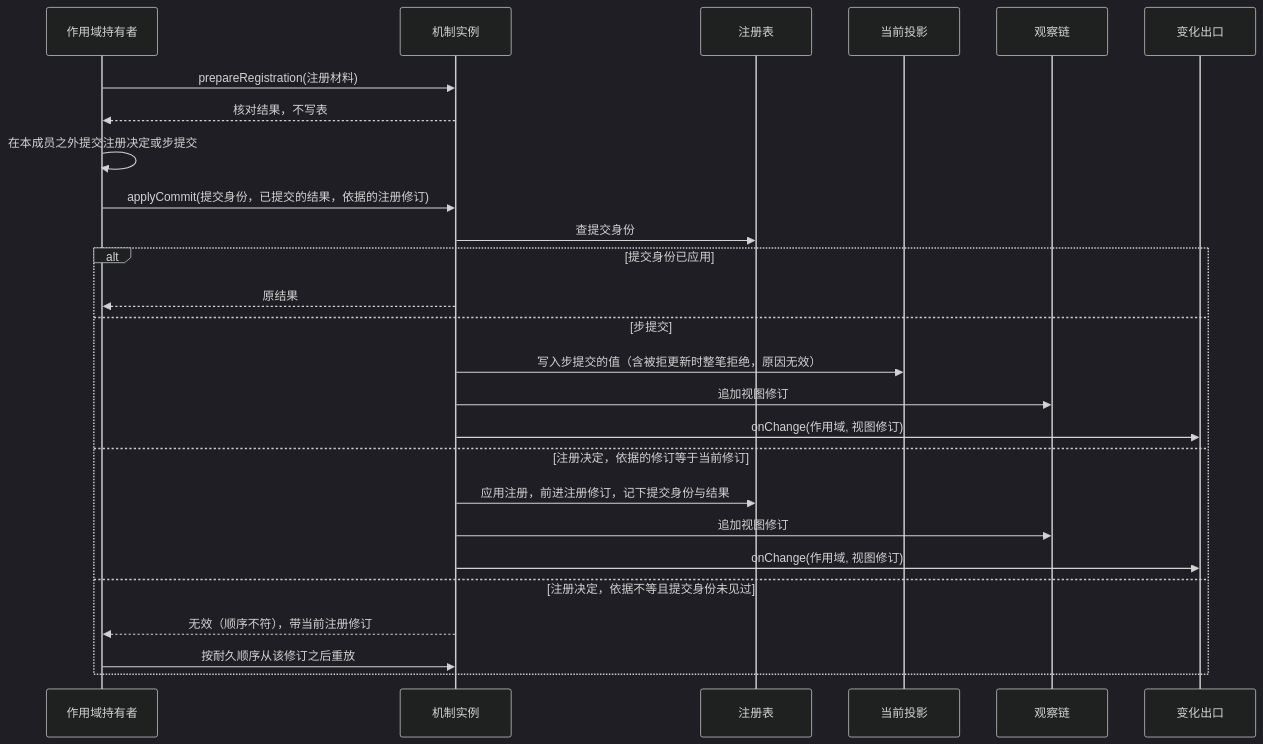
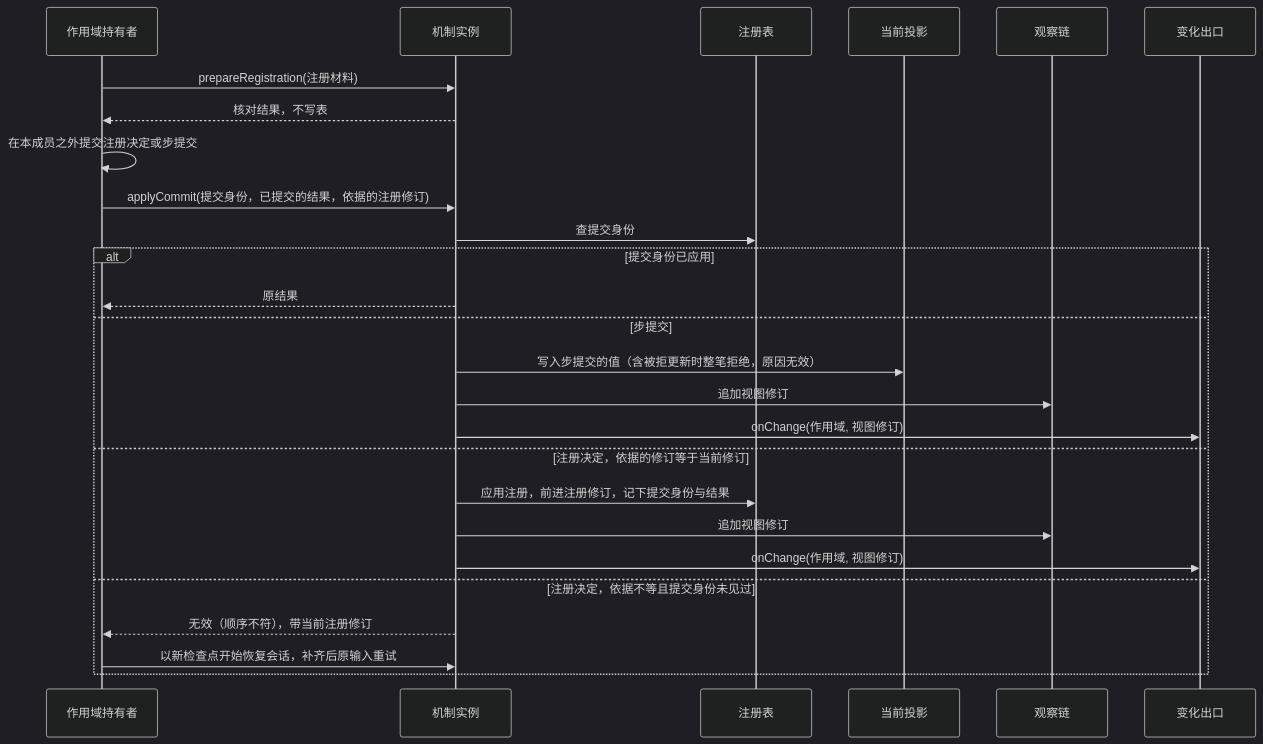
Before and after one commit to nemori-ai/omne-harness-lite: the first of 5 diagrams in packages/context/runtime-context/docs/flows.md, drawn with Mermaid (dark theme). The commit also changed other lines of this file and 26 other files, not shown here.

````diff
--- a/packages/context/runtime-context/docs/flows.md
+++ b/packages/context/runtime-context/docs/flows.md
@@ -13,28 +13,28 @@
 ```mermaid
 sequenceDiagram
   participant H as 作用域持有者
   participant M as 机制实例
   participant Reg as 注册表
   participant Proj as 当前投影
   participant Obs as 观察链
   participant O as 变化出口
   H->>M: prepareRegistration(注册材料)
   M-->>H: 核对结果，不写表
   H->>H: 在本成员之外提交注册决定或步提交
   H->>M: applyCommit(提交身份，已提交的结果，依据的注册修订)
   M->>Reg: 查提交身份
   alt 提交身份已应用
     M-->>H: 原结果
   else 步提交
     M->>Proj: 写入步提交的值（含被拒更新时整笔拒绝，原因无效）
     M->>Obs: 追加视图修订
     M->>O: onChange(作用域, 视图修订)
   else 注册决定，依据的修订等于当前修订
     M->>Reg: 应用注册，前进注册修订，记下提交身份与结果
     M->>Obs: 追加视图修订
     M->>O: onChange(作用域, 视图修订)
   else 注册决定，依据不等且提交身份未见过
     M-->>H: 无效（顺序不符），带当前注册修订
-    H->>M: 按耐久顺序从该修订之后重放
+    H->>M: 以新检查点开始恢复会话，补齐后原输入重试
   end
 ```
````
